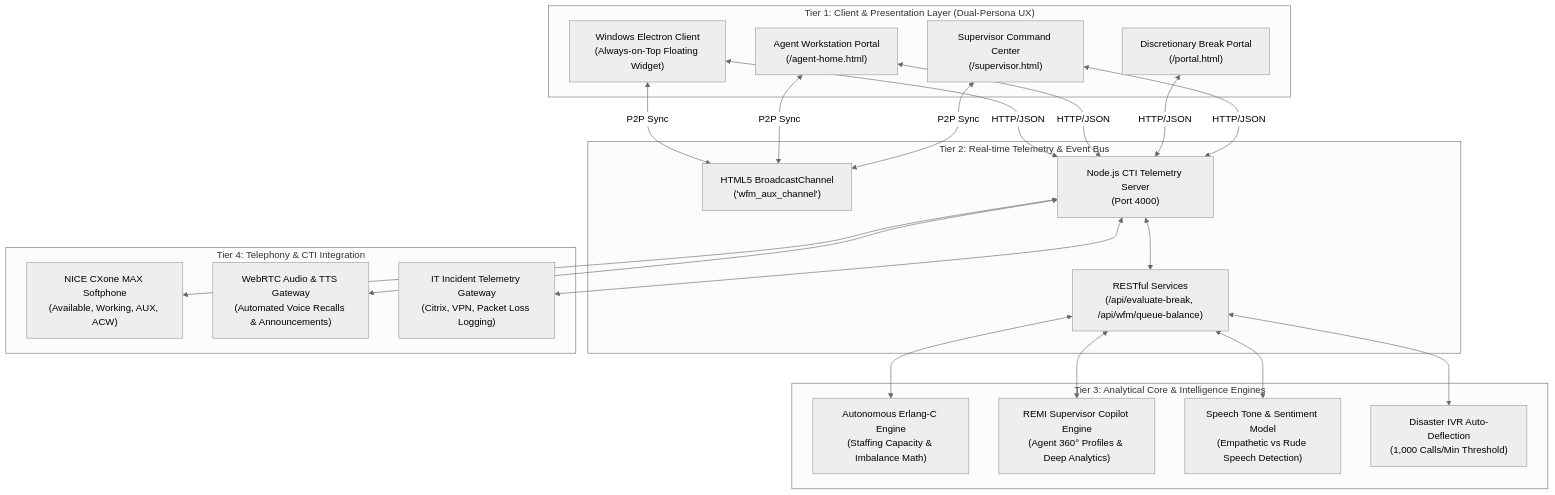
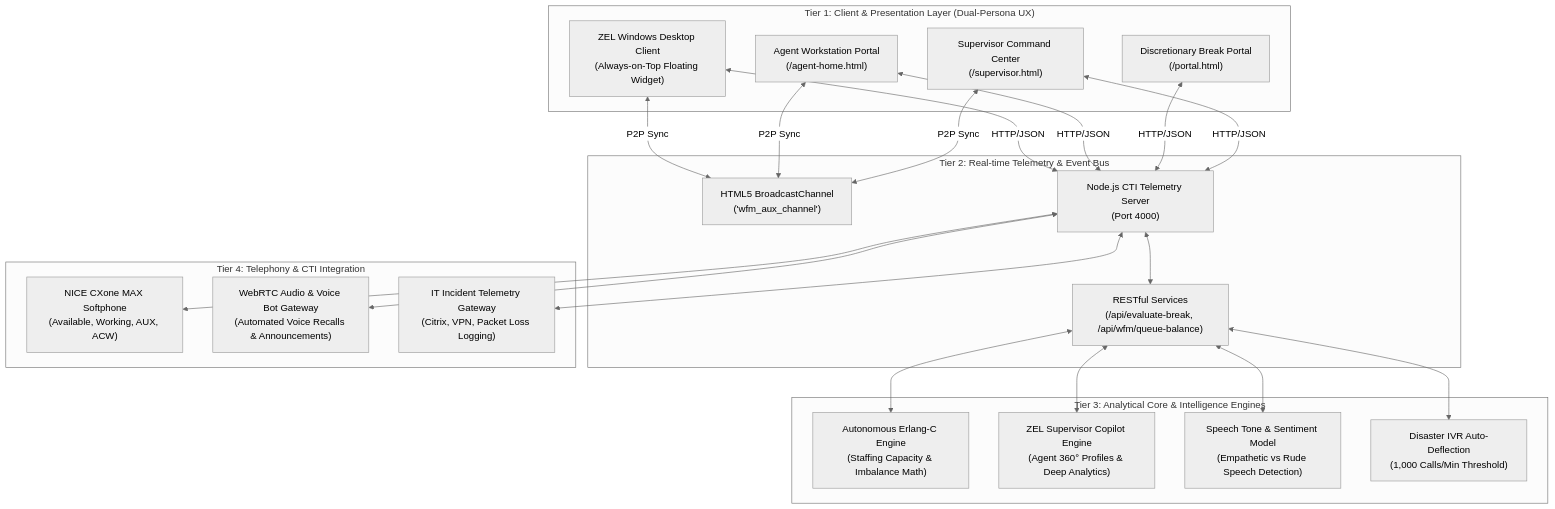
The second of 2 diagrams in ARCHITECTURE_AND_SYSTEM_DESIGN.md (manojmaddula/aux-chatbot-), drawn with Mermaid (neutral theme) before and after one commit. The commit also changed other lines of this file and 2 other files, not shown here.

Commit message:
Update PPT, Word spec, and Architecture MD with ZEL name, Zero wait to leave zero wait to return tagline, and visual flows

````diff
--- a/ARCHITECTURE_AND_SYSTEM_DESIGN.md
+++ b/ARCHITECTURE_AND_SYSTEM_DESIGN.md
@@ -23,36 +51,36 @@
 ```mermaid
 flowchart TD
     subgraph Tier1["Tier 1: Client & Presentation Layer (Dual-Persona UX)"]
-        A1["Windows Electron Client<br/>(Always-on-Top Floating Widget)"]
+        A1["ZEL Windows Desktop Client<br/>(Always-on-Top Floating Widget)"]
         A2["Agent Workstation Portal<br/>(/agent-home.html)"]
         A3["Discretionary Break Portal<br/>(/portal.html)"]
         A4["Supervisor Command Center<br/>(/supervisor.html)"]
     end
 
     subgraph Tier2["Tier 2: Real-time Telemetry & Event Bus"]
         B1["HTML5 BroadcastChannel<br/>('wfm_aux_channel')"]
         B2["Node.js CTI Telemetry Server<br/>(Port 4000)"]
         B3["RESTful Services<br/>(/api/evaluate-break, /api/wfm/queue-balance)"]
     end
 
     subgraph Tier3["Tier 3: Analytical Core & Intelligence Engines"]
         C1["Autonomous Erlang-C Engine<br/>(Staffing Capacity & Imbalance Math)"]
-        C2["REMI Supervisor Copilot Engine<br/>(Agent 360° Profiles & Deep Analytics)"]
+        C2["ZEL Supervisor Copilot Engine<br/>(Agent 360° Profiles & Deep Analytics)"]
         C3["Speech Tone & Sentiment Model<br/>(Empathetic vs Rude Speech Detection)"]
         C4["Disaster IVR Auto-Deflection<br/>(1,000 Calls/Min Threshold)"]
     end
 
     subgraph Tier4["Tier 4: Telephony & CTI Integration"]
         D1["NICE CXone MAX Softphone<br/>(Available, Working, AUX, ACW)"]
-        D2["WebRTC Audio & TTS Gateway<br/>(Automated Voice Recalls & Announcements)"]
+        D2["WebRTC Audio & Voice Bot Gateway<br/>(Automated Voice Recalls & Announcements)"]
         D3["IT Incident Telemetry Gateway<br/>(Citrix, VPN, Packet Loss Logging)"]
     end
 
     A1 <-->|P2P Sync| B1
     A2 <-->|P2P Sync| B1
     A4 <-->|P2P Sync| B1
     A1 & A2 & A3 & A4 <-->|HTTP/JSON| B2
     B2 <--> B3
     B3 <--> C1 & C2 & C3 & C4
     B2 <--> D1 & D2 & D3
 ```
````
